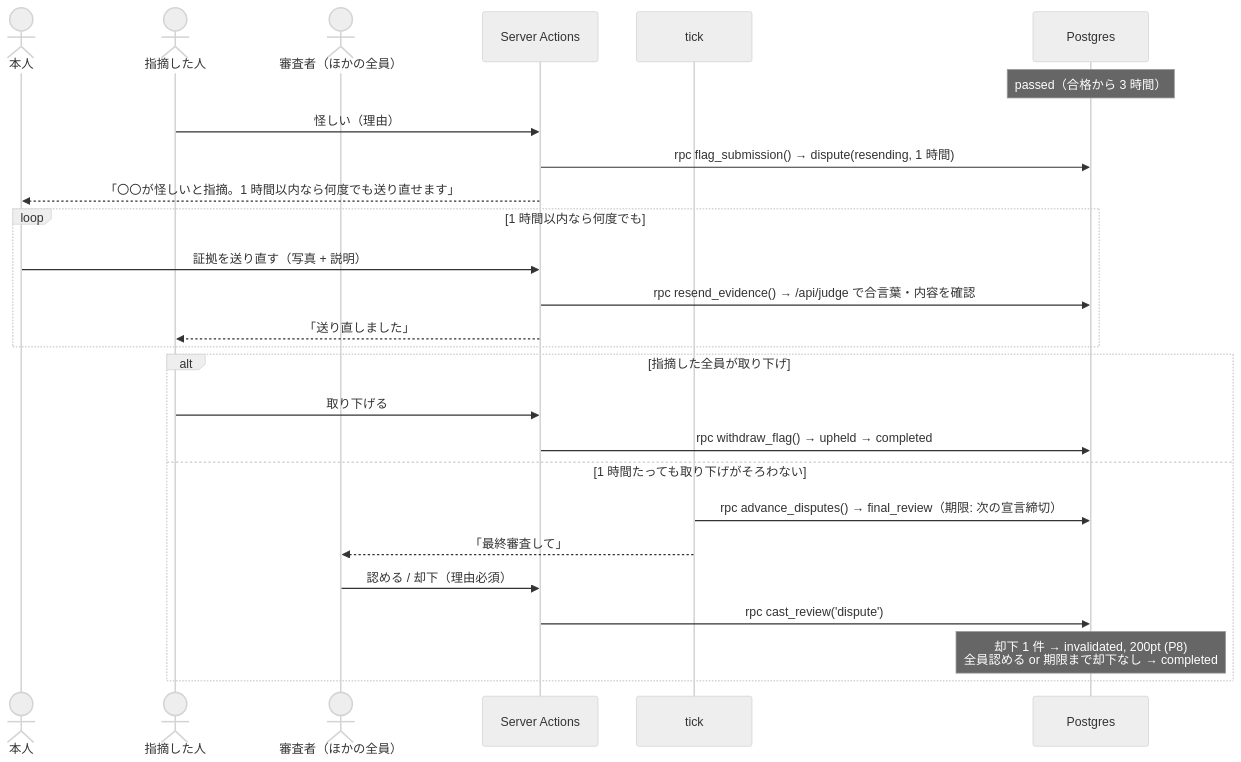
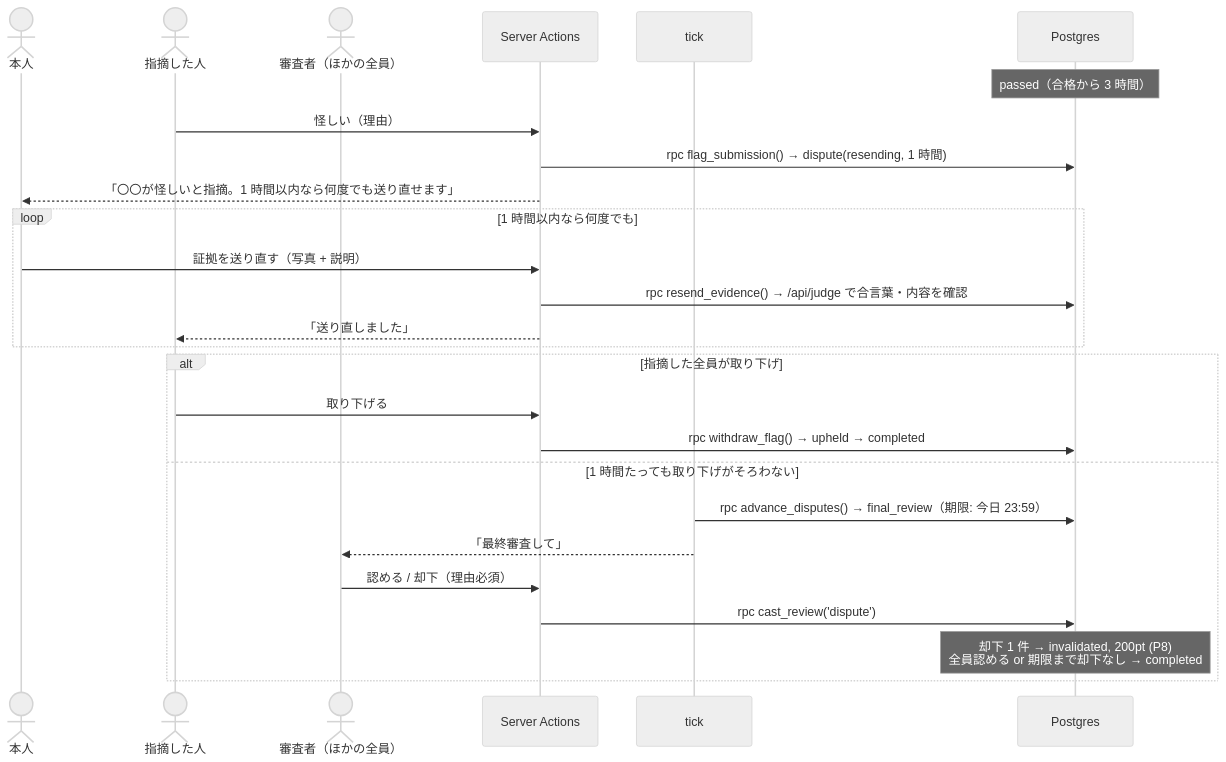
One commit to ashilal1/force-study-app changed the fourth of 6 diagrams in docs/architecture.md. Above: the diagram before and after it, drawn with Mermaid (neutral theme). The commit also changed other lines of this file and 4 other files, not shown here.

````diff
--- a/docs/architecture.md
+++ b/docs/architecture.md
@@ -109,28 +109,28 @@
 ```mermaid
 sequenceDiagram
     actor U as 本人
     actor F as 指摘した人
     actor M as 審査者（ほかの全員）
     participant SA as Server Actions
     participant T as tick
     participant DB as Postgres
     Note over DB: passed（合格から 3 時間）
     F->>SA: 怪しい（理由）
     SA->>DB: rpc flag_submission() → dispute(resending, 1 時間)
     SA-->>U: 「〇〇が怪しいと指摘。1 時間以内なら何度でも送り直せます」
     loop 1 時間以内なら何度でも
         U->>SA: 証拠を送り直す（写真 + 説明）
         SA->>DB: rpc resend_evidence() → /api/judge で合言葉・内容を確認
         SA-->>F: 「送り直しました」
     end
     alt 指摘した全員が取り下げ
         F->>SA: 取り下げる
         SA->>DB: rpc withdraw_flag() → upheld → completed
     else 1 時間たっても取り下げがそろわない
-        T->>DB: rpc advance_disputes() → final_review（期限: 次の宣言締切）
+        T->>DB: rpc advance_disputes() → final_review（期限: 今日 23:59）
         T-->>M: 「最終審査して」
         M->>SA: 認める / 却下（理由必須）
         SA->>DB: rpc cast_review('dispute')
         Note over DB: 却下 1 件 → invalidated, 200pt (P8)<br/>全員認める or 期限まで却下なし → completed
     end
 ```
````
